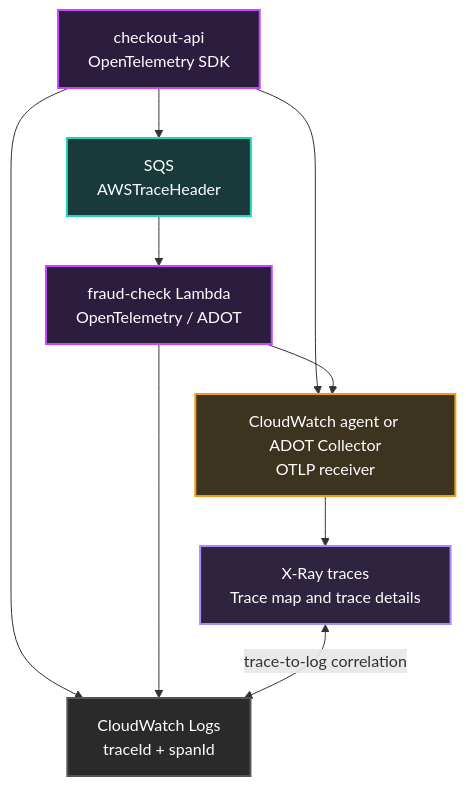
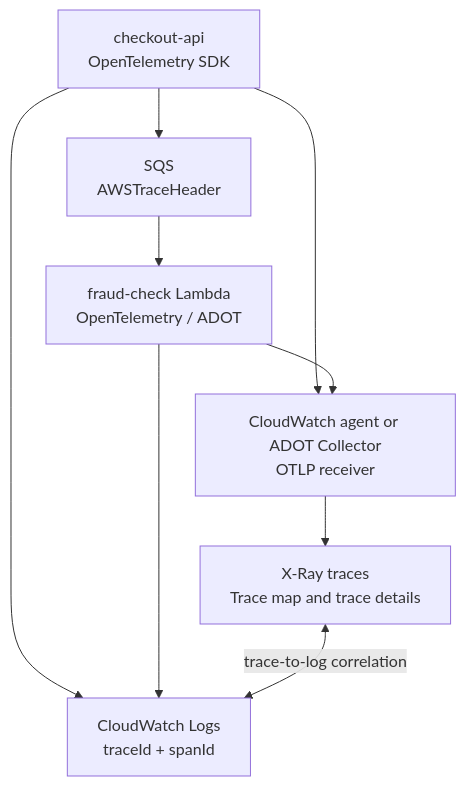
The third of 3 diagrams in cloud-providers/aws/observability/04-x-ray-and-opentelemetry.md (senlinyy/dev-roadmaps), drawn with Mermaid before and after one commit. The commit also changed other lines of this file and 152 other files, not shown here.

Commit message:
feat: mlops and diagrams updated

````diff
--- a/cloud-providers/aws/observability/04-x-ray-and-opentelemetry.md
+++ b/cloud-providers/aws/observability/04-x-ray-and-opentelemetry.md
@@ -376,24 +370,18 @@
 ```mermaid
 graph TB
     App[checkout-api<br/>OpenTelemetry SDK]:::service
     Queue[SQS<br/>AWSTraceHeader]:::aws
     Worker[fraud-check Lambda<br/>OpenTelemetry / ADOT]:::service
     Agent[CloudWatch agent or ADOT Collector<br/>OTLP receiver]:::collector
     XRay[X-Ray traces<br/>Trace map and trace details]:::xray
     Logs[CloudWatch Logs<br/>traceId + spanId]:::logs
 
     App --> Queue
     Queue --> Worker
     App --> Agent
     Worker --> Agent
     Agent --> XRay
     App --> Logs
     Worker --> Logs
     XRay <-->|trace-to-log correlation| Logs
-
-    classDef service fill:#2c1d3e,stroke:#c446ff,stroke-width:2px,color:#fff
-    classDef aws fill:#193a3a,stroke:#24d2b5,stroke-width:2px,color:#fff
-    classDef collector fill:#3c341f,stroke:#f39c12,stroke-width:2px,color:#fff
-    classDef xray fill:#2f243f,stroke:#a78bfa,stroke-width:2px,color:#fff
-    classDef logs fill:#2a2a2a,stroke:#555,stroke-width:2px,color:#fff
 ```
````
